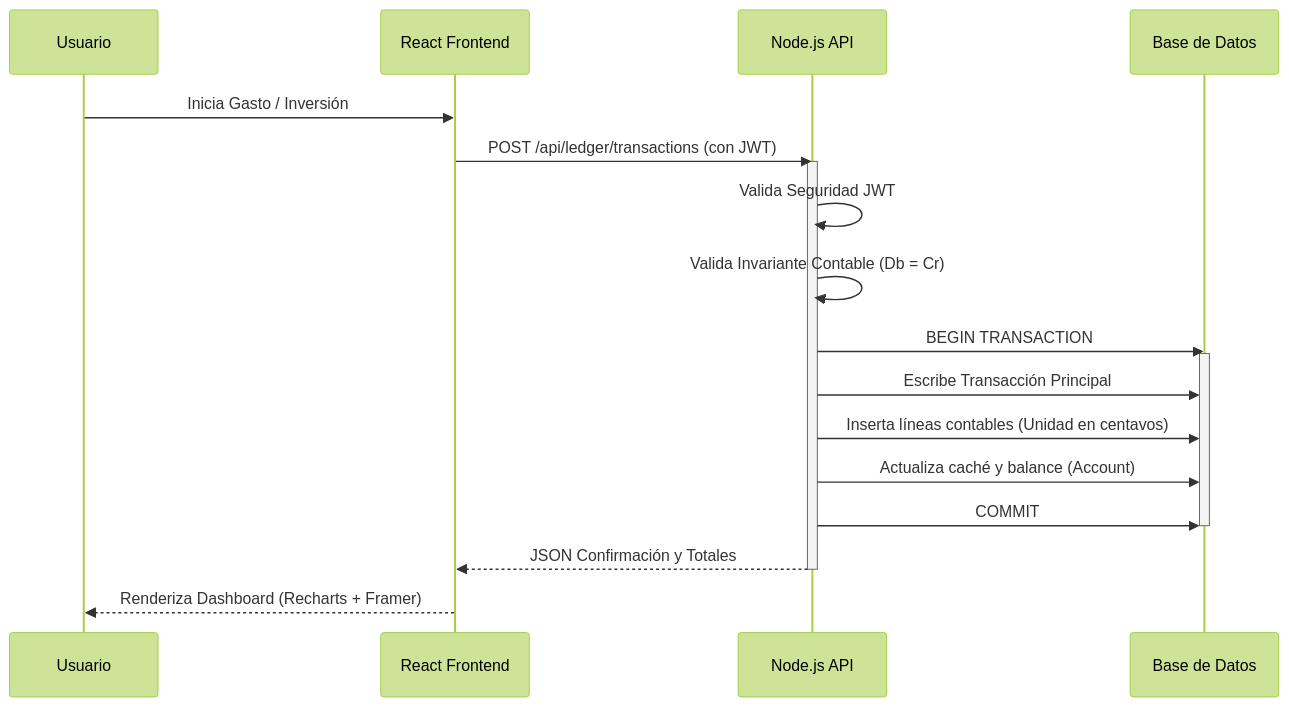
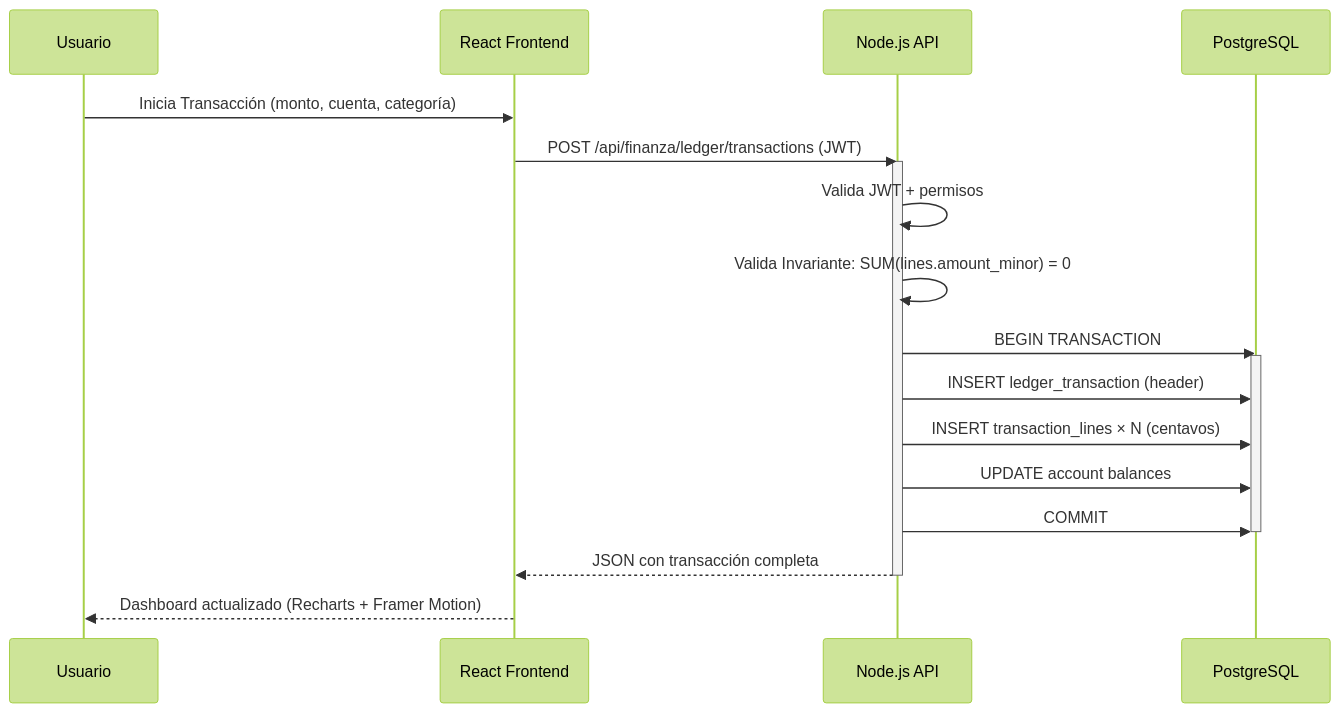
One commit to YoxeLaunch/MagnusOS2 changed the second of 2 diagrams in README.md. Above: the diagram before and after it, drawn with Mermaid (forest theme). The commit also changed other lines of this file and 6 other files, not shown here.

````diff
--- a/README.md
+++ b/README.md
@@ -123,23 +94,23 @@
 ```mermaid
 sequenceDiagram
     participant U as Usuario
     participant R as React Frontend
     participant E as Node.js API
-    participant DB as Base de Datos
-    
-    U->>R: Inicia Gasto / Inversión
-    R->>E: POST /api/ledger/transactions (con JWT)
+    participant DB as PostgreSQL
+
+    U->>R: Inicia Transacción (monto, cuenta, categoría)
+    R->>E: POST /api/finanza/ledger/transactions (JWT)
     activate E
-    E->>E: Valida Seguridad JWT
-    E->>E: Valida Invariante Contable (Db = Cr)
+    E->>E: Valida JWT + permisos
+    E->>E: Valida Invariante: SUM(lines.amount_minor) = 0
     E->>DB: BEGIN TRANSACTION
     activate DB
-    E->>DB: Escribe Transacción Principal
-    E->>DB: Inserta líneas contables (Unidad en centavos)
-    E->>DB: Actualiza caché y balance (Account)
+    E->>DB: INSERT ledger_transaction (header)
+    E->>DB: INSERT transaction_lines × N (centavos)
+    E->>DB: UPDATE account balances
     E->>DB: COMMIT
     deactivate DB
-    E-->>R: JSON Confirmación y Totales
+    E-->>R: JSON con transacción completa
     deactivate E
-    R-->>U: Renderiza Dashboard (Recharts + Framer)
+    R-->>U: Dashboard actualizado (Recharts + Framer Motion)
 ```
````
